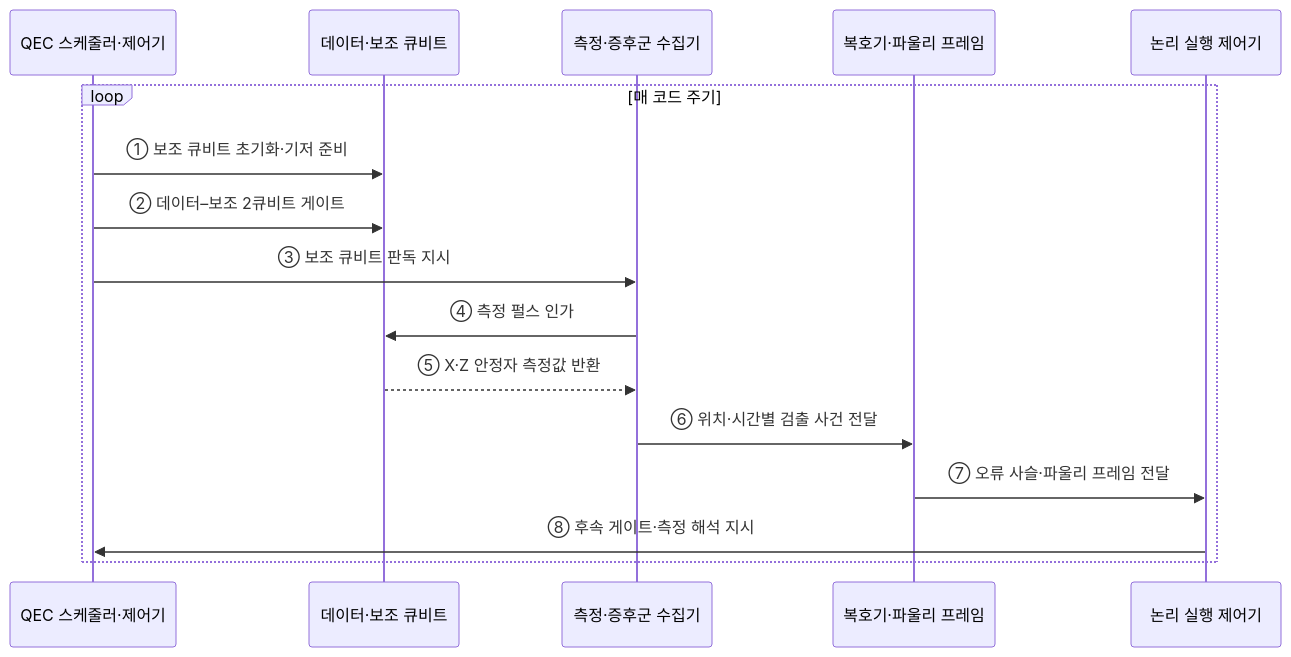
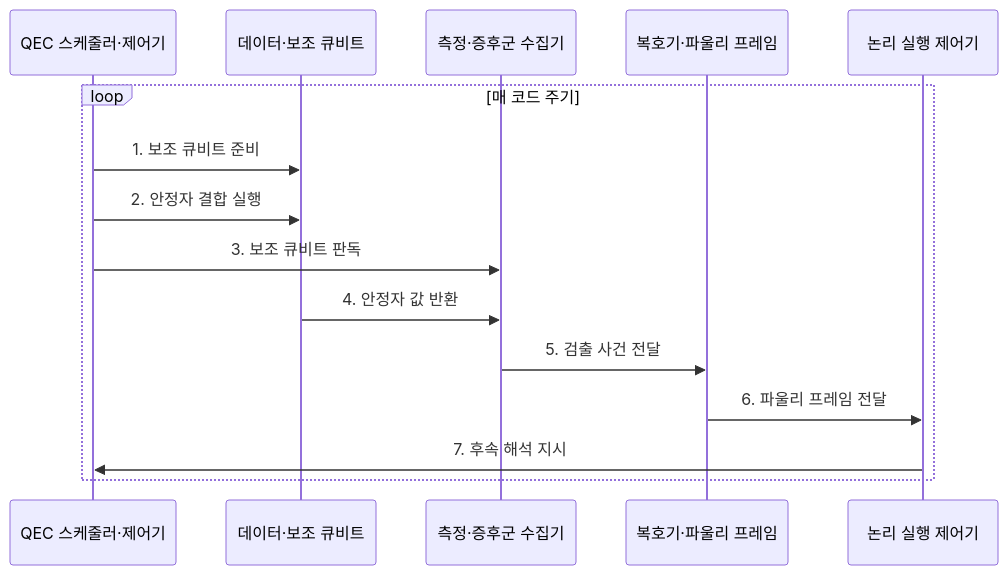
One commit to agnusdei1207/knowledge-base changed the second of 2 diagrams in src/content/docs/notes/02-hardware/074_quantum_error_correction_surface_code.md. Above: the diagram before and after it, drawn with Mermaid. The commit also changed other lines of this file and 20 other files, not shown here.

````diff
--- a/src/content/docs/notes/02-hardware/074_quantum_error_correction_surface_code.md
+++ b/src/content/docs/notes/02-hardware/074_quantum_error_correction_surface_code.md
@@ -73,19 +83,18 @@
 ```mermaid
 sequenceDiagram
     participant S as QEC 스케줄러·제어기
     participant Q as 데이터·보조 큐비트
     participant M as 측정·증후군 수집기
     participant R as 복호기·파울리 프레임
     participant L as 논리 실행 제어기
 
     loop 매 코드 주기
-        S->>Q: ① 보조 큐비트 초기화·기저 준비
-        S->>Q: ② 데이터–보조 2큐비트 게이트
-        S->>M: ③ 보조 큐비트 판독 지시
-        M->>Q: ④ 측정 펄스 인가
-        Q-->>M: ⑤ X·Z 안정자 측정값 반환
-        M->>R: ⑥ 위치·시간별 검출 사건 전달
-        R->>L: ⑦ 오류 사슬·파울리 프레임 전달
-        L->>S: ⑧ 후속 게이트·측정 해석 지시
+        S->>Q: 1. 보조 큐비트 준비
+        S->>Q: 2. 안정자 결합 실행
+        S->>M: 3. 보조 큐비트 판독
+        Q->>M: 4. 안정자 값 반환
+        M->>R: 5. 검출 사건 전달
+        R->>L: 6. 파울리 프레임 전달
+        L->>S: 7. 후속 해석 지시
     end
 ```
````
